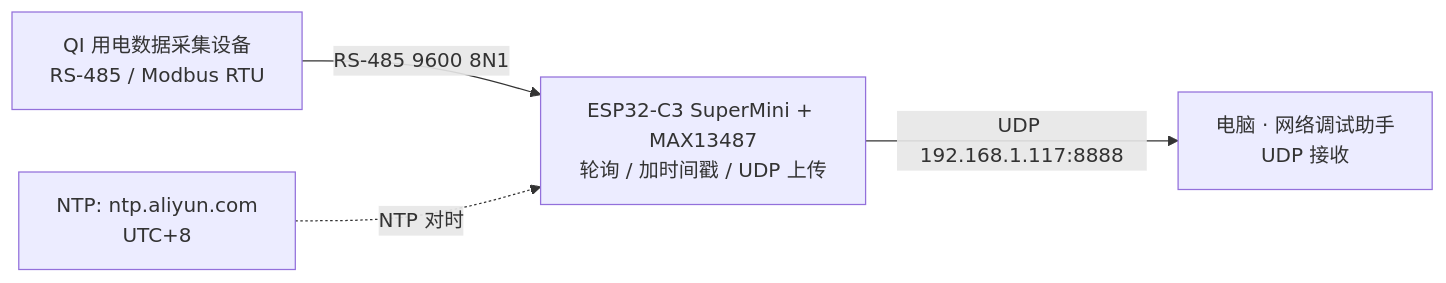
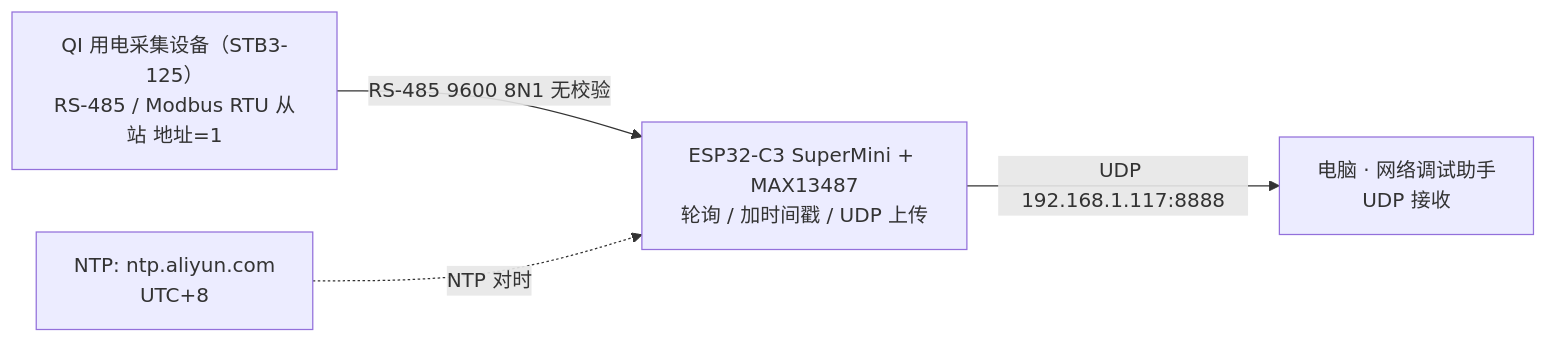
The first of 2 diagrams in 02_docs/01_项目任务书.md (jiangtao-ml/ESP32_C3_Gateway), drawn with Mermaid before and after one commit. The commit also changed other lines of this file and 2 other files, not shown here.

````diff
--- a/02_docs/01_项目任务书.md
+++ b/02_docs/01_项目任务书.md
@@ -118,11 +123,11 @@
 ```mermaid
 flowchart LR
-    QI["QI 用电数据采集设备<br/>RS-485 / Modbus RTU"]
+    QI["QI 用电采集设备（STB3-125）<br/>RS-485 / Modbus RTU 从站 地址=1"]
     ESP["ESP32-C3 SuperMini + MAX13487<br/>轮询 / 加时间戳 / UDP 上传"]
     PC["电脑 · 网络调试助手<br/>UDP 接收"]
     NTP["NTP: ntp.aliyun.com<br/>UTC+8"]
 
-    QI -- "RS-485 9600 8N1" --> ESP
+    QI -- "RS-485 9600 8N1 无校验" --> ESP
     NTP -. "NTP 对时" .-> ESP
     ESP -- "UDP 192.168.1.117:8888" --> PC
 ```
````
